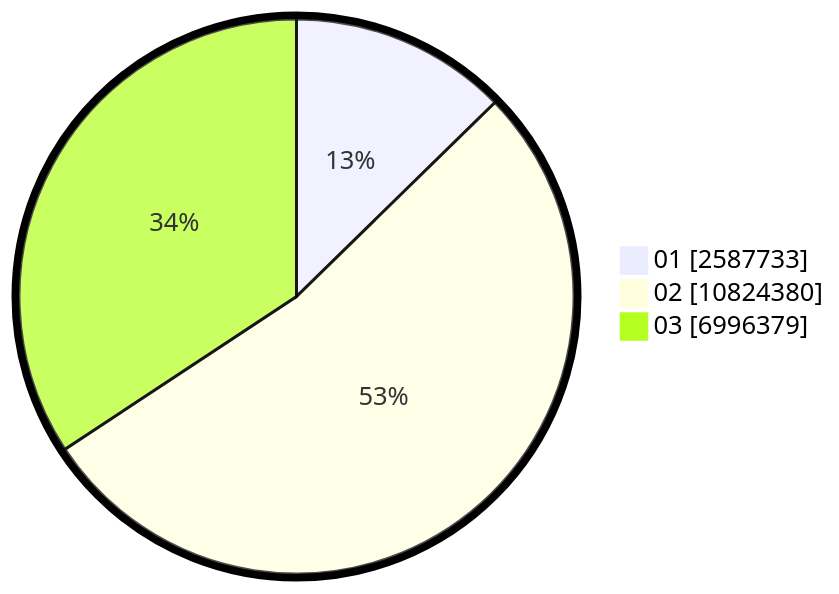
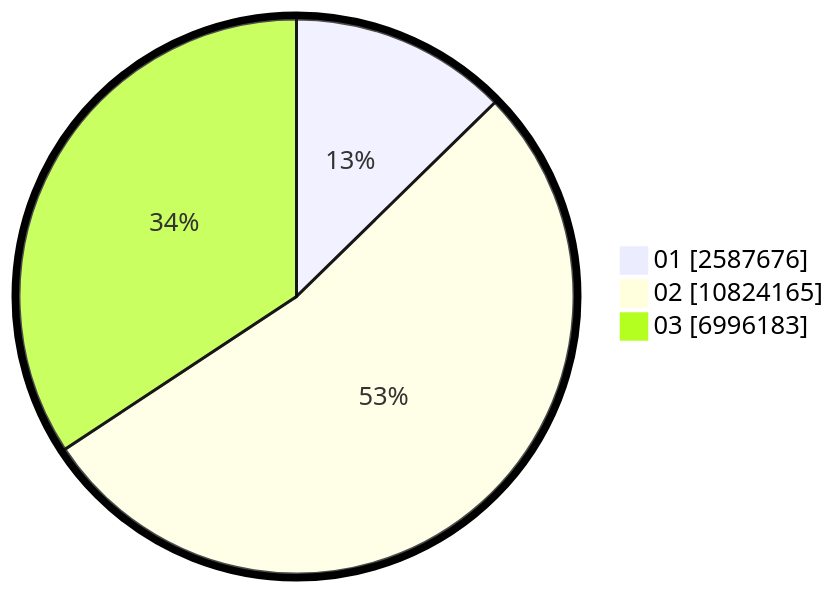
The second of 2 diagrams in pilpres/hitung-suara/sub/table-wilayah-33.md (gigit-pemilu/pemilu-2024), drawn with Mermaid before and after one commit. The commit also changed other lines of this file and 10 other files, not shown here.

````diff
--- a/pilpres/hitung-suara/sub/table-wilayah-33.md
+++ b/pilpres/hitung-suara/sub/table-wilayah-33.md
@@ -15,7 +15,7 @@
 ```mermaid
 %%{init: {"pie": {"textPosition": 0.5}, "themeVariables": {"pieOuterStrokeWidth": "5px"}} }%%
 pie showData
-    "01" : 2587733
-    "02" : 10824380
-    "03" : 6996379
+    "01" : 2587676
+    "02" : 10824165
+    "03" : 6996183
 ```
````
